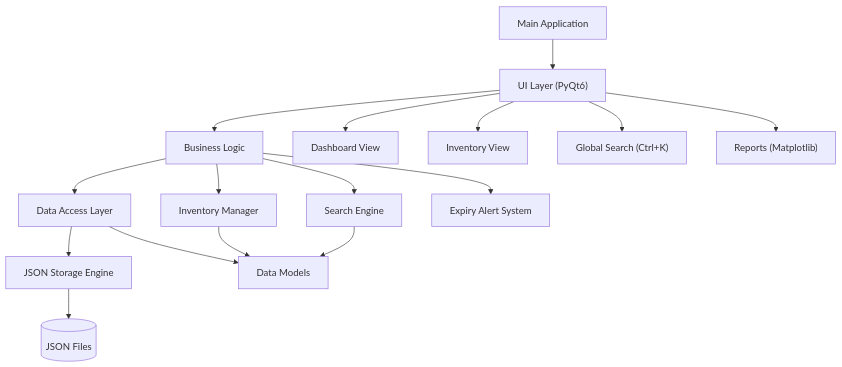
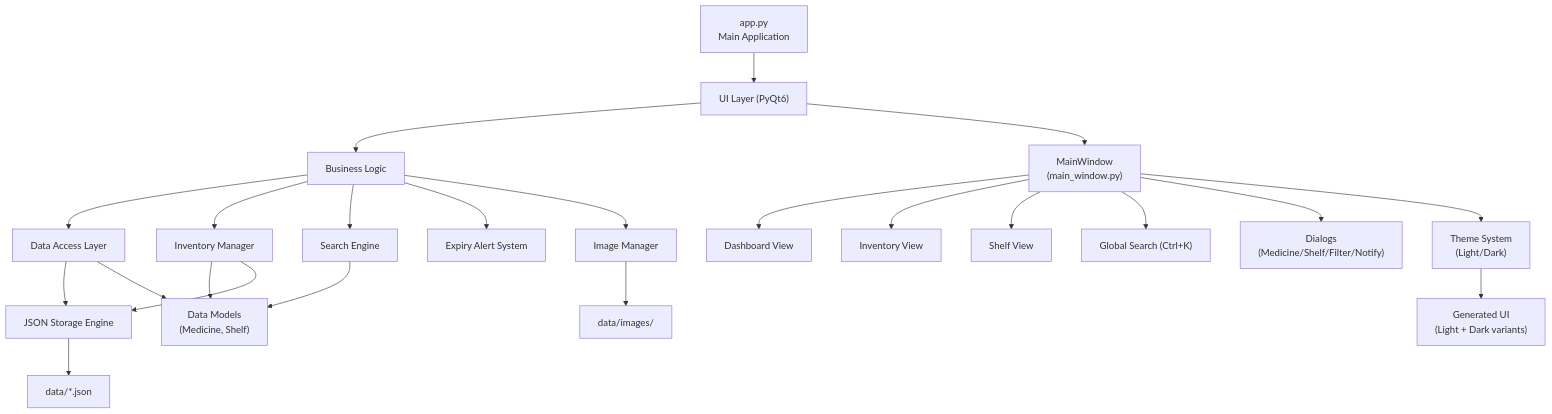
The first of 6 diagrams in docs/projectcharts.md (Des1r3d/KiThuatLapTrinhNhom3), drawn with Mermaid before and after one commit. The commit also changed other lines of this file and 22 other files, not shown here.

Commit message:
feat: Implement core UI components, various dialogs, and dark theme support.

````diff
--- a/docs/projectcharts.md
+++ b/docs/projectcharts.md
@@ -11,23 +13,31 @@
 ```mermaid
 graph TD
-    App[Main Application] --> UI["UI Layer (PyQt6)"]
+    App["app.py<br>Main Application"] --> UI["UI Layer (PyQt6)"]
 
     UI --> Logic[Business Logic]
     Logic --> Data[Data Access Layer]
 
-    UI --> Dashboard[Dashboard View]
-    UI --> InventoryView[Inventory View]
-    UI --> SearchBar["Global Search (Ctrl+K)"]
-    UI --> Reports["Reports (Matplotlib)"]
+    UI --> MainWin["MainWindow<br>(main_window.py)"]
+    MainWin --> Dashboard[Dashboard View]
+    MainWin --> InventoryView[Inventory View]
+    MainWin --> ShelfView[Shelf View]
+    MainWin --> SearchDlg["Global Search (Ctrl+K)"]
+    MainWin --> Dialogs["Dialogs<br>(Medicine/Shelf/Filter/Notify)"]
 
     Logic --> InvMgr[Inventory Manager]
     Logic --> SearchEng[Search Engine]
     Logic --> AlertSys[Expiry Alert System]
+    Logic --> ImgMgr[Image Manager]
 
     Data --> JSON_Store[JSON Storage Engine]
-    Data --> Models[Data Models]
+    Data --> Models["Data Models<br>(Medicine, Shelf)"]
 
     InvMgr --> Models
+    InvMgr --> JSON_Store
     SearchEng --> Models
-    JSON_Store --> Files[(JSON Files)]
+    ImgMgr --> Files2["data/images/"]
+    JSON_Store --> Files["data/*.json"]
+
+    MainWin --> ThemeSys["Theme System<br>(Light/Dark)"]
+    ThemeSys --> GenUI["Generated UI<br>(Light + Dark variants)"]
 ```
````
